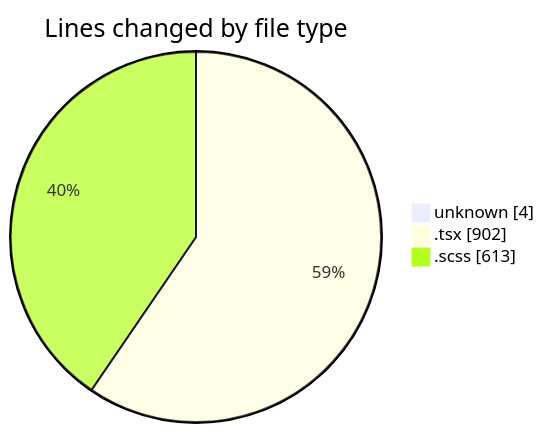
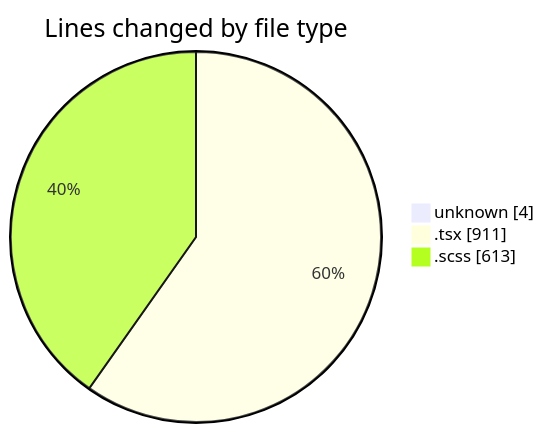
Before and after one commit to momahboobian/code-tracking: the first of 2 diagrams in 2025-02-14/cda/README.md, drawn with Mermaid. The commit also changed other lines of this file and 1 other file, not shown here.

````diff
--- a/2025-02-14/cda/README.md
+++ b/2025-02-14/cda/README.md
@@ -27,7 +27,7 @@
 ```mermaid
 pie showData
 title Lines changed by file type
 "unknown" : 4
-".tsx" : 902
+".tsx" : 911
 ".scss" : 613
 ```
````
